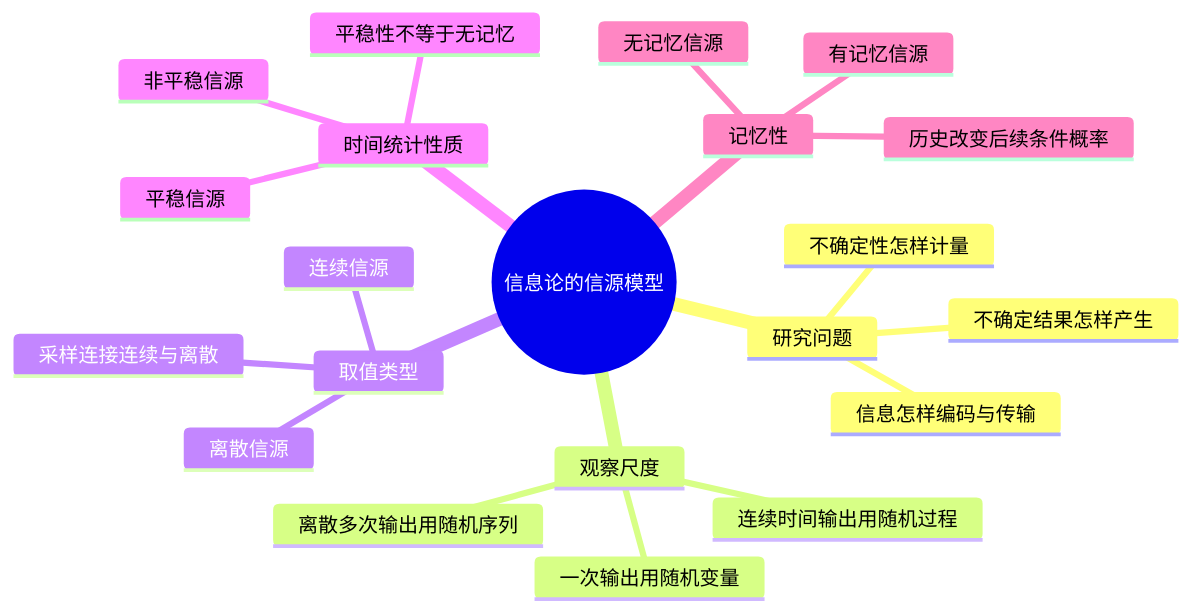
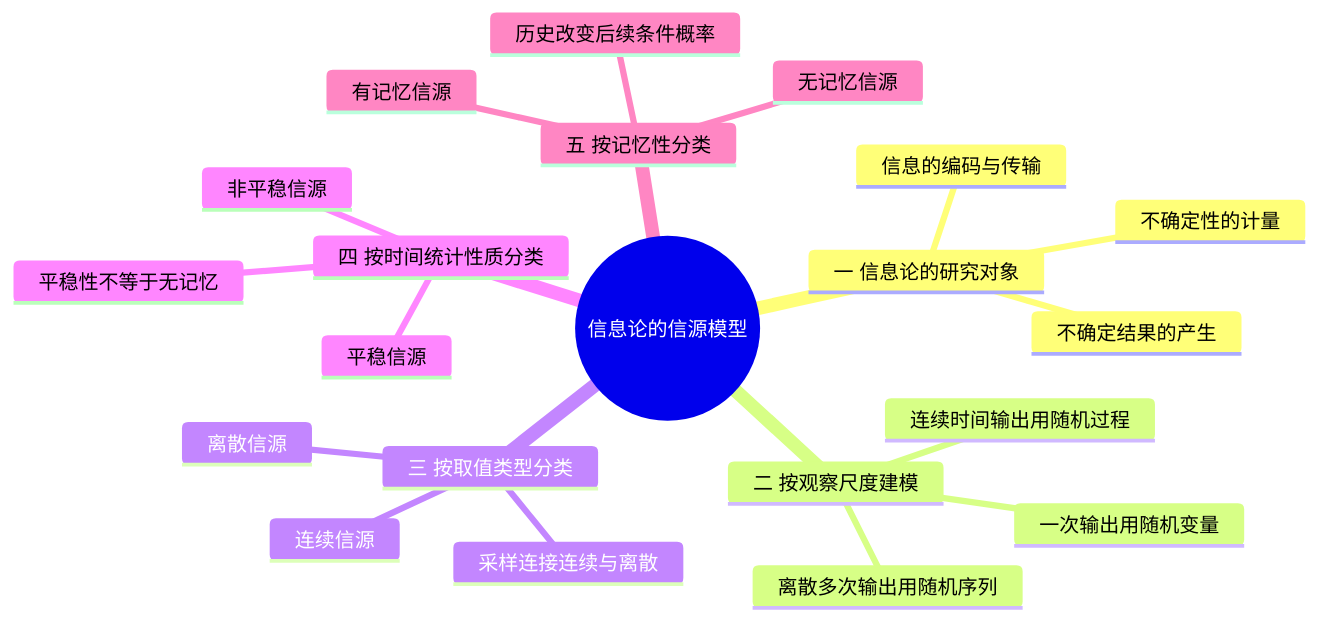
The diagram in 学习/学校课程/信息论基础（2学分）/01 第1课 信息论的基本问题与信源模型.md (3280441136-lab/My_Obsidian_Notes), drawn with Mermaid before and after one commit. The commit also changed 6 other files, not shown here.

````diff
--- a/学习/学校课程/信息论基础（2学分）/01 第1课 信息论的基本问题与信源模型.md
+++ b/学习/学校课程/信息论基础（2学分）/01 第1课 信息论的基本问题与信源模型.md
@@ -5,24 +5,24 @@
 ```mermaid
 mindmap
   root((信息论的信源模型))
-    研究问题
-      不确定结果怎样产生
-      不确定性怎样计量
-      信息怎样编码与传输
-    观察尺度
+    一 信息论的研究对象
+      不确定结果的产生
+      不确定性的计量
+      信息的编码与传输
+    二 按观察尺度建模
       一次输出用随机变量
       离散多次输出用随机序列
       连续时间输出用随机过程
-    取值类型
+    三 按取值类型分类
       离散信源
       连续信源
       采样连接连续与离散
-    时间统计性质
+    四 按时间统计性质分类
       平稳信源
       非平稳信源
       平稳性不等于无记忆
-    记忆性
+    五 按记忆性分类
       无记忆信源
       有记忆信源
       历史改变后续条件概率
 ```
````
